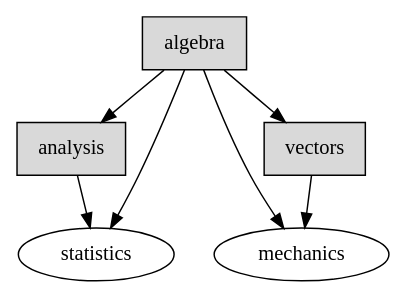
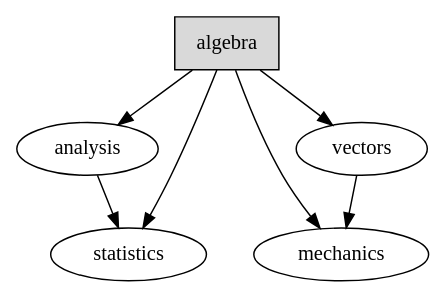
One commit to StatisticalRethinkingJulia/StructuralCausalModels.jl changed the diagram in examples/SCM/marks/marks.dot. Above: the diagram before and after it, drawn with Graphviz. The commit also changed 5 other files, not shown here.

```diff
--- a/examples/SCM/marks/marks.dot
+++ b/examples/SCM/marks/marks.dot
@@ -1,11 +1,9 @@
 digraph SCModel {
   "algebra" [shape="box", fillcolor="gray85", style="filled"];
-    "algebra" -> "analysis";
-    "algebra" -> "mechanics";
-    "algebra" -> "statistics";
-    "algebra" -> "vectors";
-  "analysis" [shape="box", fillcolor="gray85", style="filled"];
-    "analysis" -> "statistics";
-  "vectors" [shape="box", fillcolor="gray85", style="filled"];
-    "vectors" -> "mechanics";
+  "algebra" -> "analysis";
+  "algebra" -> "mechanics";
+  "algebra" -> "statistics";
+  "algebra" -> "vectors";
+  "analysis" -> "statistics";
+  "vectors" -> "mechanics";
 }
```
